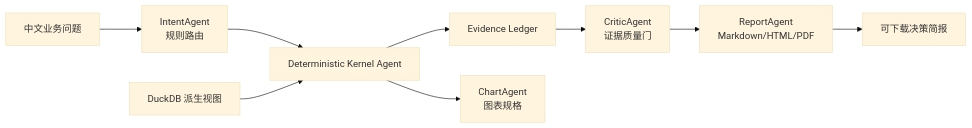
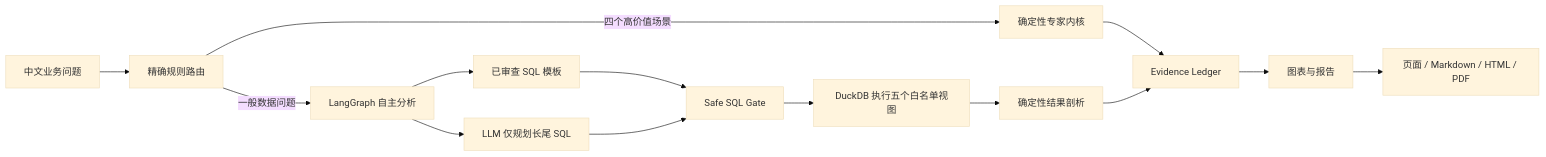
Before and after one commit to gaaiyun/chainlens: the diagram in README.md, drawn with Mermaid (base theme). The commit also changed other lines of this file and 3 other files, not shown here.

````diff
--- a/README.md
+++ b/README.md
@@ -56,11 +78,16 @@
 ```mermaid
 flowchart LR
-    U["中文业务问题"] --> I["IntentAgent\n规则路由"]
-    I --> K["Deterministic Kernel Agent"]
+    U["中文业务问题"] --> I["精确规则路由"]
+    I -->|"四个高价值场景"| K["确定性专家内核"]
+    I -->|"一般数据问题"| G["LangGraph 自主分析"]
+    G --> T["已审查 SQL 模板"]
+    G --> L["LLM 仅规划长尾 SQL"]
+    T --> S["Safe SQL Gate"]
+    L --> S
+    S --> D["DuckDB 执行五个白名单视图"]
+    D --> P["确定性结果剖析"]
     K --> E["Evidence Ledger"]
-    E --> C["CriticAgent\n证据质量门"]
-    K --> V["ChartAgent\n图表规格"]
-    C --> R["ReportAgent\nMarkdown/HTML/PDF"]
-    D["DuckDB 派生视图"] --> K
-    R --> O["可下载决策简报"]
+    P --> E
+    E --> R["图表与报告"]
+    R --> O["页面 / Markdown / HTML / PDF"]
 ```
````
